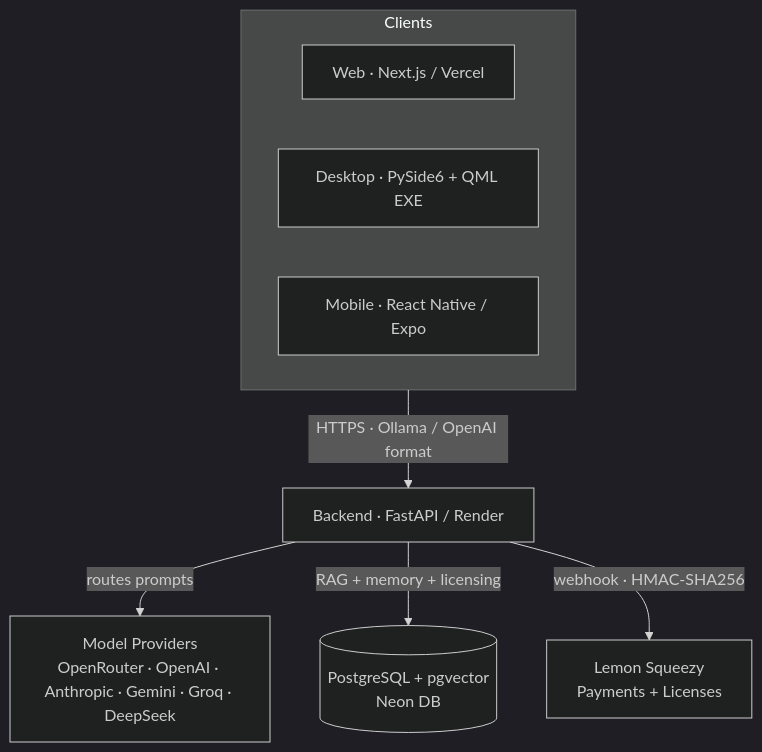
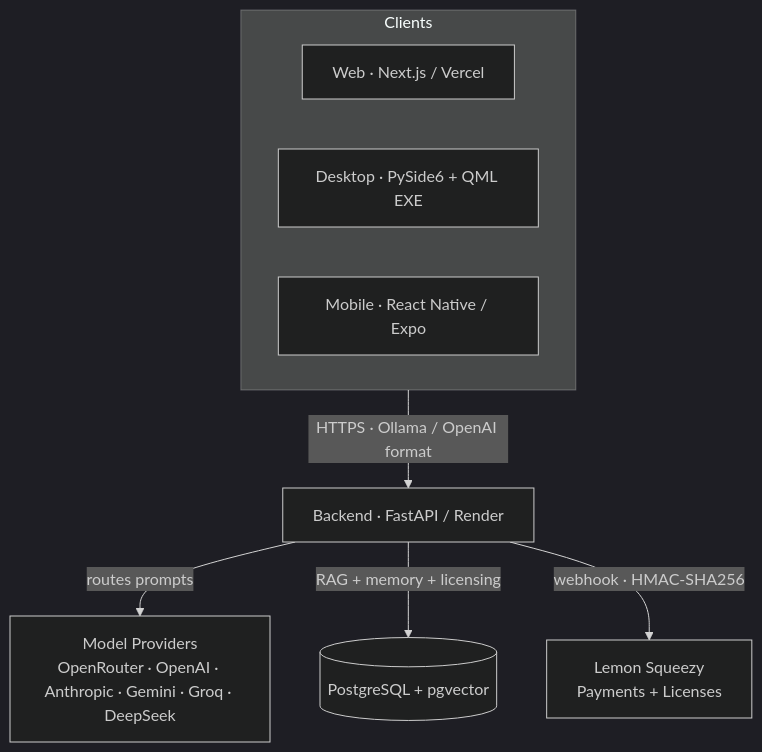
The first of 3 diagrams in README.md (rbkhan007/Ollama-Emulator-Desktop-Ultimate), drawn with Mermaid (dark theme) before and after one commit. The commit also changed other lines of this file and 21 other files, not shown here.

````diff
--- a/README.md
+++ b/README.md
@@ -106,12 +106,12 @@
 ```mermaid
 graph TD
   subgraph Clients
     WEB[Web · Next.js / Vercel]
     DESK[Desktop · PySide6 + QML EXE]
     MOB[Mobile · React Native / Expo]
   end
   Clients -->|HTTPS · Ollama / OpenAI format| API[Backend · FastAPI / Render]
   API -->|routes prompts| PROV[Model Providers<br/>OpenRouter · OpenAI · Anthropic · Gemini · Groq · DeepSeek]
-  API -->|RAG + memory + licensing| DB[(PostgreSQL + pgvector<br/>Neon DB)]
-  API -->|webhook · HMAC-SHA256| LS[Lemon Squeezy<br/>Payments + Licenses]
+   API -->|RAG + memory + licensing| DB[(PostgreSQL + pgvector)]
+   API -->|webhook · HMAC-SHA256| LS[Lemon Squeezy<br/>Payments + Licenses]
 ```
````
